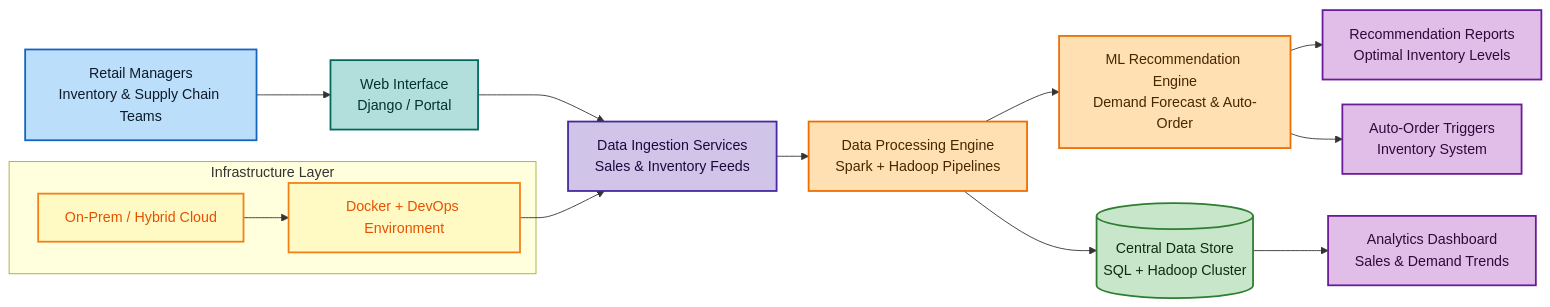
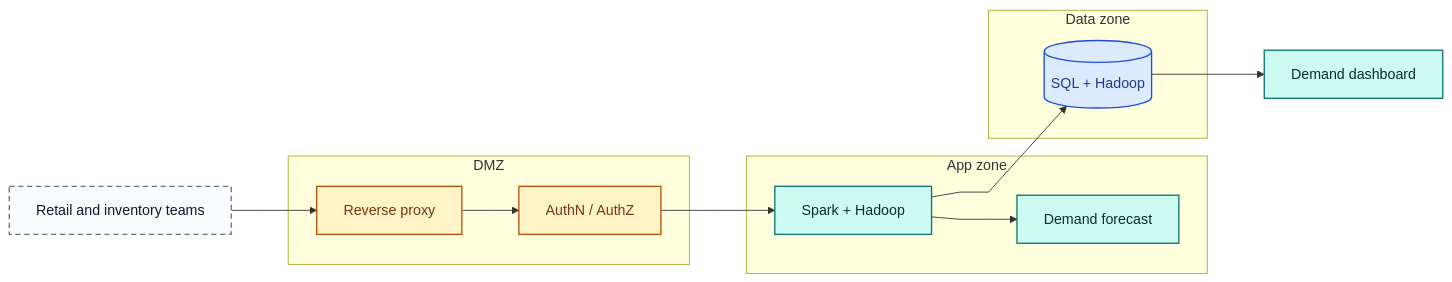
The diagram in public/assets/images/diagrams/paos/paos-architecture_overview.mmd (nitty01/nitender-kumar), drawn with Mermaid before and after one commit. The commit also changed other lines of this file and 46 other files, not shown here.

Commit message:
Ship a block-canvas blog editor and nested project architecture diagrams.

```diff
--- a/public/assets/images/diagrams/paos/paos-architecture_overview.mmd
+++ b/public/assets/images/diagrams/paos/paos-architecture_overview.mmd
@@ -1,39 +1,38 @@
 ---
 config:
   flowchart:
-    nodeSpacing: 28
-    rankSpacing: 36
-    diagramPadding: 8
+    nodeSpacing: 48
+    rankSpacing: 64
+    diagramPadding: 16
+    htmlLabels: false
+    curve: linear
   layout: dagre
 ---
 flowchart LR
- subgraph Infra["Infrastructure Layer"]
-        I["Docker + DevOps Environment"]
-        J["On-Prem / Hybrid Cloud"]
+  MGR["Retail and inventory teams"]
+  subgraph DMZ["DMZ"]
+    GW["Reverse proxy"]
+    AUTH["AuthN / AuthZ"]
   end
-    A["Retail Managers<br>Inventory & Supply Chain Teams"] --> B["Web Interface<br>Django / Portal"]
-    B --> C["Data Ingestion Services<br>Sales & Inventory Feeds"]
-    C --> D["Data Processing Engine<br>Spark + Hadoop Pipelines"]
-    D --> E["ML Recommendation Engine<br>Demand Forecast & Auto-Order"] & F[("Central Data Store<br>SQL + Hadoop Cluster")]
-    E --> G["Recommendation Reports<br>Optimal Inventory Levels"] & I1["Auto-Order Triggers<br>Inventory System"]
-    F --> H["Analytics Dashboard<br>Sales & Demand Trends"]
-    J --> I
-    I --> C
-     A:::users
-     B:::api
-     C:::services
-     D:::processing
-     E:::processing
-     F:::storage
-     G:::output
-     I1:::output
-     H:::output
-     J:::infra
-     I:::infra
-    classDef users fill:#BBDEFB,stroke:#1565C0,stroke-width:2px,color:#0D1B2A
-    classDef api fill:#B2DFDB,stroke:#00695C,stroke-width:2px,color:#00332E
-    classDef services fill:#D1C4E9,stroke:#4527A0,stroke-width:2px,color:#1A093F
-    classDef processing fill:#FFE0B2,stroke:#EF6C00,stroke-width:2px,color:#4A2500
-    classDef storage fill:#C8E6C9,stroke:#2E7D32,stroke-width:2px,color:#0B2E13
-    classDef output fill:#E1BEE7,stroke:#6A1B9A,stroke-width:2px,color:#2D0A3A
-    classDef infra fill:#FFF9C4,stroke:#F57F17,stroke-width:2px,color:#E65100
+  subgraph APPZ["App zone"]
+    SPARK["Spark + Hadoop"]
+    ML["Demand forecast"]
+  end
+  subgraph DATAZ["Data zone"]
+    STORE[("SQL + Hadoop")]
+  end
+  DASH["Demand dashboard"]
+  MGR --> GW
+  GW --> AUTH
+  AUTH --> SPARK
+  SPARK --> ML
+  SPARK --> STORE
+  STORE --> DASH
+  class MGR external
+  class SPARK,ML,DASH compute
+  class STORE data
+  class GW,AUTH security
+  classDef compute fill:#ccfbf1,stroke:#0f766e,stroke-width:1.5px,color:#042f2e
+  classDef data fill:#dbeafe,stroke:#1d4ed8,stroke-width:1.5px,color:#1e3a8a
+  classDef security fill:#fef3c7,stroke:#b45309,stroke-width:1.5px,color:#78350f
+  classDef external fill:#f8fafc,stroke:#64748b,stroke-width:1.5px,color:#0f172a,stroke-dasharray:6 4
```
